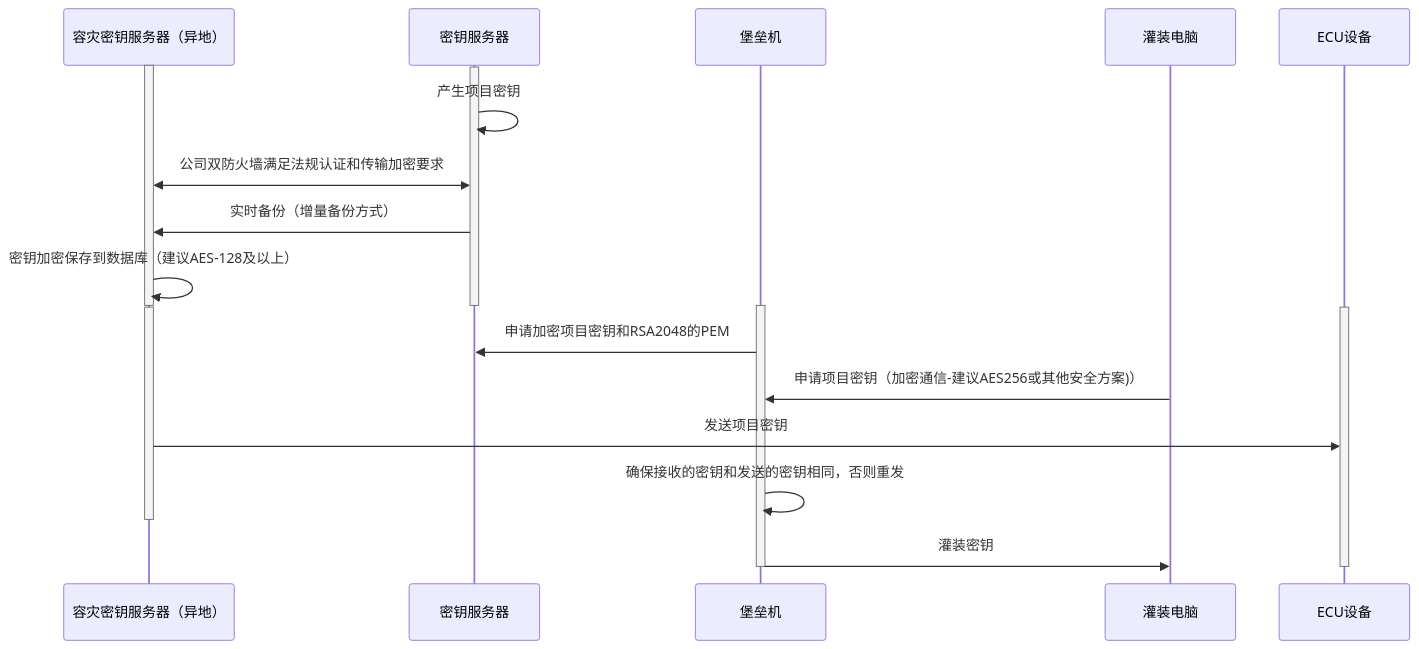
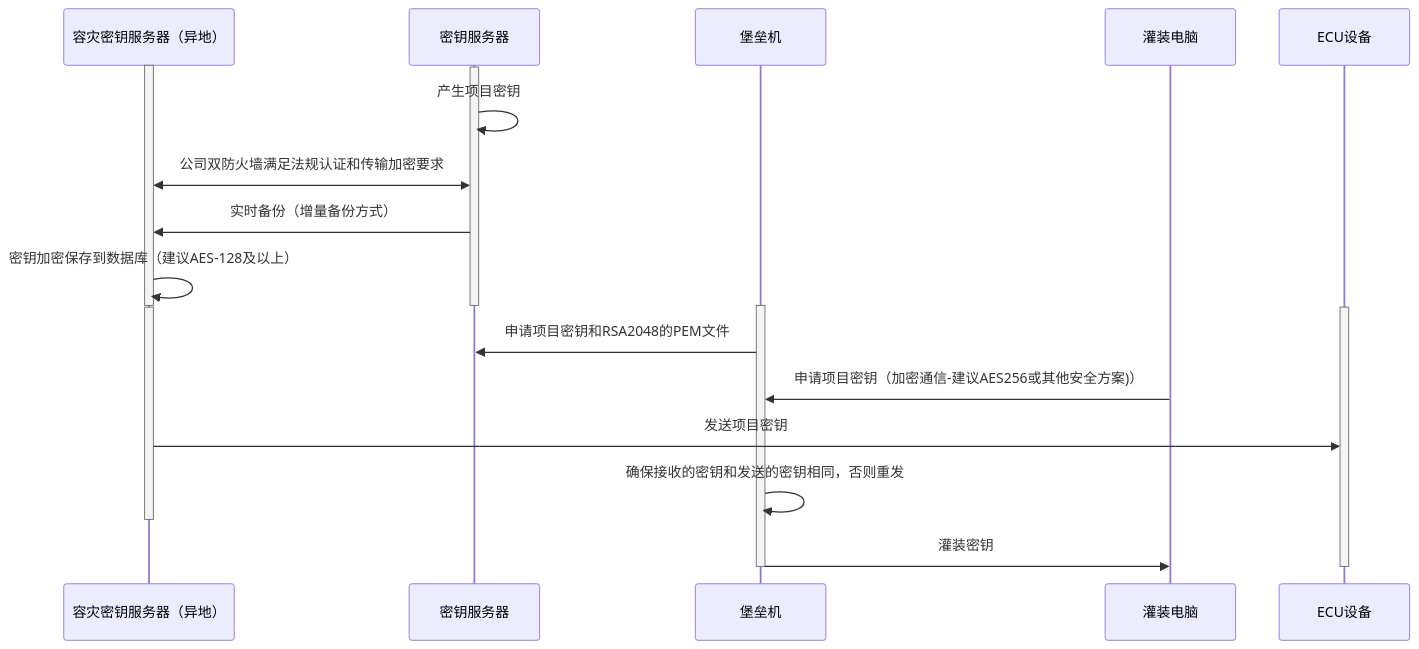
One commit to facebook-cloud/iodraw-files changed the diagram in all/未命名-15.md. Above: the diagram before and after it, drawn with Mermaid.

Commit message:
2026-02-07 10:09:38 update

````diff
--- a/all/未命名-15.md
+++ b/all/未命名-15.md
@@ -1,32 +1,32 @@
 ```mermaid
 sequenceDiagram
     participant A as 容灾密钥服务器（异地）
     participant B as 密钥服务器
     participant C as 堡垒机
     participant D as 灌装电脑
     participant E as ECU设备
 
     activate A
     activate B
     B->>B: 产生项目密钥
     A<<->>B: 公司双防火墙满足法规认证和传输加密要求
     B->>A: 实时备份（增量备份方式）
     A->>A: 密钥加密保存到数据库（建议AES-128及以上）
     deactivate B
     deactivate A
 
     activate C
     activate A
     activate E
 
-    C->>B: 申请加密项目密钥和RSA2048的PEM
+    C->>B: 申请项目密钥和RSA2048的PEM文件
     D->>C: 申请项目密钥（加密通信-建议AES256或其他安全方案)）
     A->>E: 发送项目密钥
 
     C->>C: 确保接收的密钥和发送的密钥相同，否则重发
     deactivate A
     C->>D: 灌装密钥
     deactivate C
     deactivate E
 
 ```
````
